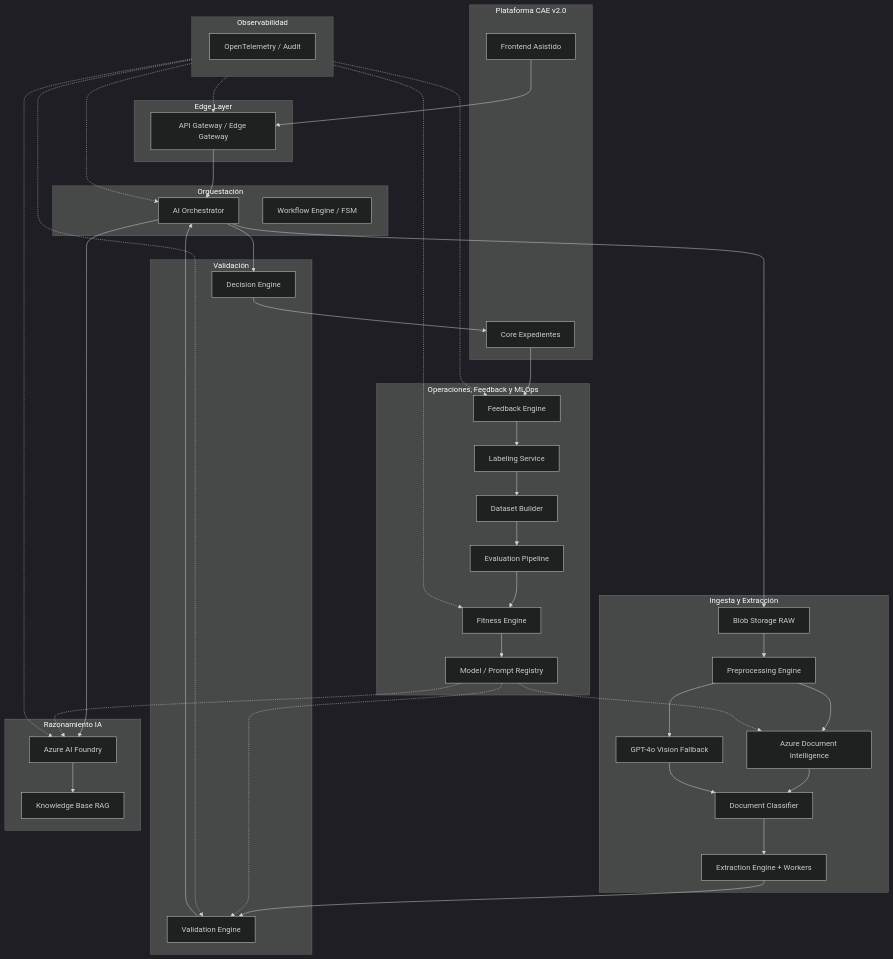
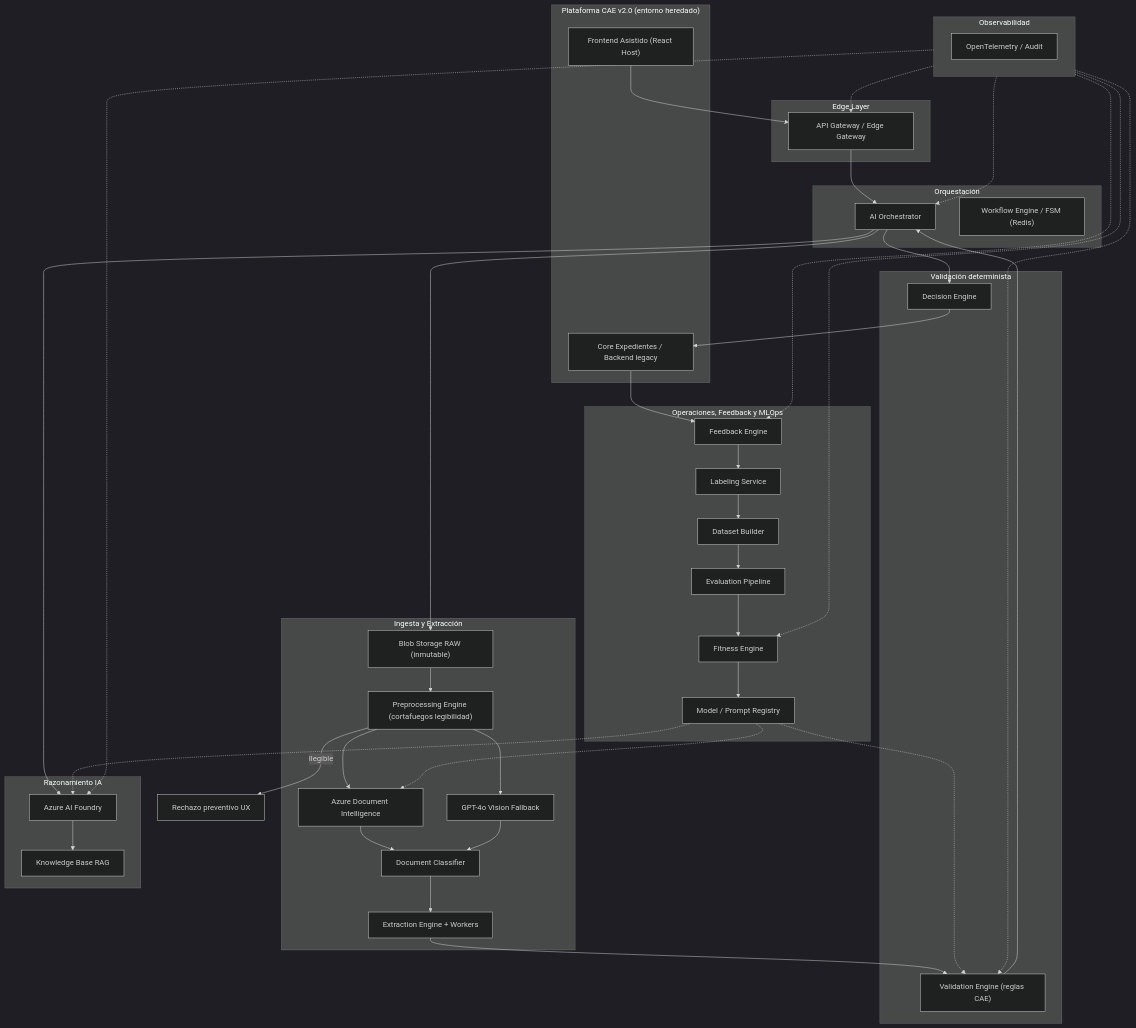
One commit to angelnietos/erp changed the first of 14 diagrams in caedocs/DISENO-TECNICO-v3.0.md. Above: the diagram before and after it, drawn with Mermaid (dark theme). The commit also changed other lines of this file and 2 other files, not shown here.

````diff
--- a/caedocs/DISENO-TECNICO-v3.0.md
+++ b/caedocs/DISENO-TECNICO-v3.0.md
@@ -94,72 +96,73 @@
 ```mermaid
 flowchart TB
-    subgraph CAE["Plataforma CAE v2.0"]
-        FE["Frontend Asistido"]
-        CORE["Core Expedientes"]
+    subgraph CAE["Plataforma CAE v2.0 (entorno heredado)"]
+        FE["Frontend Asistido (React Host)"]
+        CORE["Core Expedientes / Backend legacy"]
     end
 
     subgraph EDGE["Edge Layer"]
         GW["API Gateway / Edge Gateway"]
     end
 
     subgraph ORCH["Orquestación"]
         AO["AI Orchestrator"]
-        WE["Workflow Engine / FSM"]
+        WE["Workflow Engine / FSM (Redis)"]
     end
 
     subgraph INGEST["Ingesta y Extracción"]
-        BLOB["Blob Storage RAW"]
-        PRE["Preprocessing Engine"]
+        BLOB["Blob Storage RAW (inmutable)"]
+        PRE["Preprocessing Engine (cortafuegos legibilidad)"]
         DI["Azure Document Intelligence"]
         VLM["GPT-4o Vision Fallback"]
         CLS["Document Classifier"]
         EXT["Extraction Engine + Workers"]
     end
 
-    subgraph VALID["Validación"]
-        VE["Validation Engine"]
+    subgraph VALID["Validación determinista"]
+        VE["Validation Engine (reglas CAE)"]
         DE["Decision Engine"]
     end
 
     subgraph AI["Razonamiento IA"]
         FDR["Azure AI Foundry"]
         KB["Knowledge Base RAG"]
     end
 
     subgraph OPS["Operaciones, Feedback y MLOps"]
         FB["Feedback Engine"]
         LB["Labeling Service"]
         DS["Dataset Builder"]
         FIT["Fitness Engine"]
         EV["Evaluation Pipeline"]
         MR["Model / Prompt Registry"]
     end
 
     subgraph OBS["Observabilidad"]
         OT["OpenTelemetry / Audit"]
     end
 
     FE --> GW
     GW --> AO
     AO --> BLOB
     BLOB --> PRE
+    PRE -->|Ilegible| REJ["Rechazo preventivo UX"]
     PRE --> DI
     PRE --> VLM
     DI --> CLS
     VLM --> CLS
     CLS --> EXT
     EXT --> VE
     VE --> AO
     AO --> FDR
     FDR --> KB
     AO --> DE
     DE --> CORE
     CORE --> FB
     FB --> LB
     LB --> DS
     DS --> EV
     EV --> FIT
     FIT --> MR
     MR -.-> DI & FDR & VE
     OBS -.-> GW & AO & VE & FDR & FB & FIT
 ```
````
